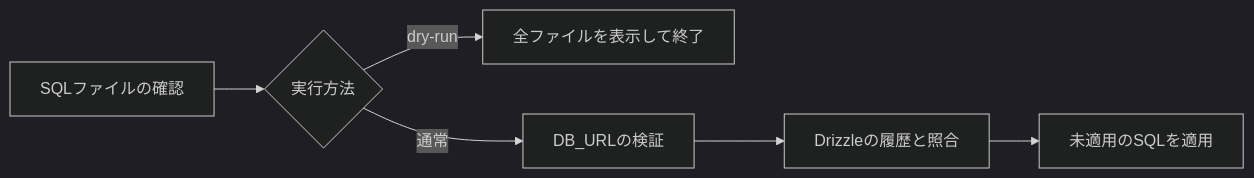
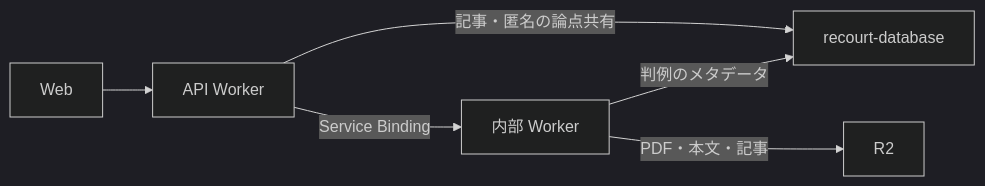
The diagram in docs/development-setup.md (tukiminya/recourt), drawn with Mermaid (dark theme) before and after one commit. The commit also changed other lines of this file and 52 other files, not shown here.

First line of the commit message:
feat(database): migrate worker storage to d1 (#111)

````diff
--- a/docs/development-setup.md
+++ b/docs/development-setup.md
@@ -44,8 +18,8 @@
 ```mermaid
 flowchart LR
-    A[SQLファイルの確認] --> B{実行方法}
-    B -->|dry-run| C[全ファイルを表示して終了]
-    B -->|通常| D[DB_URLの検証]
-    D --> E[Drizzleの履歴と照合]
-    E --> F[未適用のSQLを適用]
+    Web[Web] --> API[API Worker]
+    API -->|Service Binding| Internal[内部 Worker]
+    API -->|記事・匿名の論点共有| D1[recourt-database]
+    Internal -->|判例のメタデータ| D1
+    Internal -->|PDF・本文・記事| R2[R2]
 ```
````
